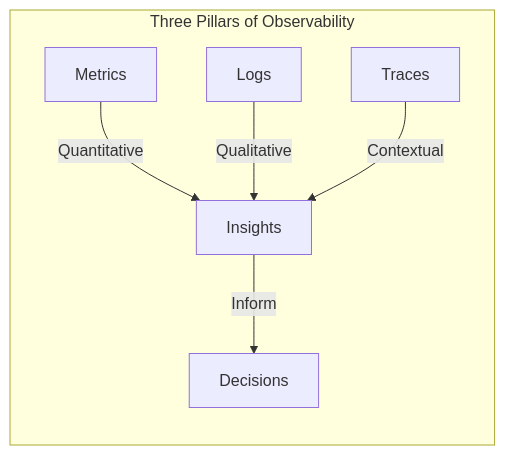
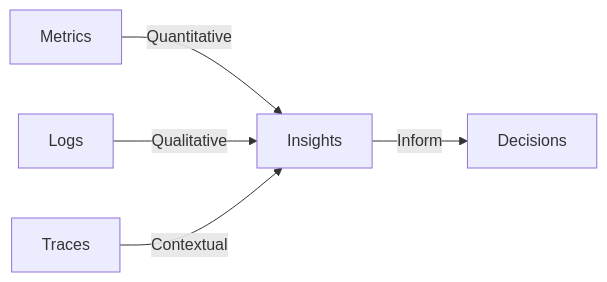
One commit to luqmanbello/api-connect-slide changed the fourth of 5 diagrams in slides copy.md. Above: the diagram before and after it, drawn with Mermaid. The commit also changed other lines of this file and 4 other files, not shown here.

````diff
--- a/slides copy.md
+++ b/slides copy.md
@@ -120,9 +115,7 @@
 ```mermaid
 graph LR
-    subgraph "Three Pillars of Observability"
-        M[Metrics] -->|Quantitative| I[Insights]
-        L[Logs] -->|Qualitative| I
-        T[Traces] -->|Contextual| I
-        I -->|Inform| D[Decisions]
-    end
+    M[Metrics] -->|Quantitative| I[Insights]
+    L[Logs] -->|Qualitative| I
+    T[Traces] -->|Contextual| I
+    I -->|Inform| D[Decisions]
 ```
````
